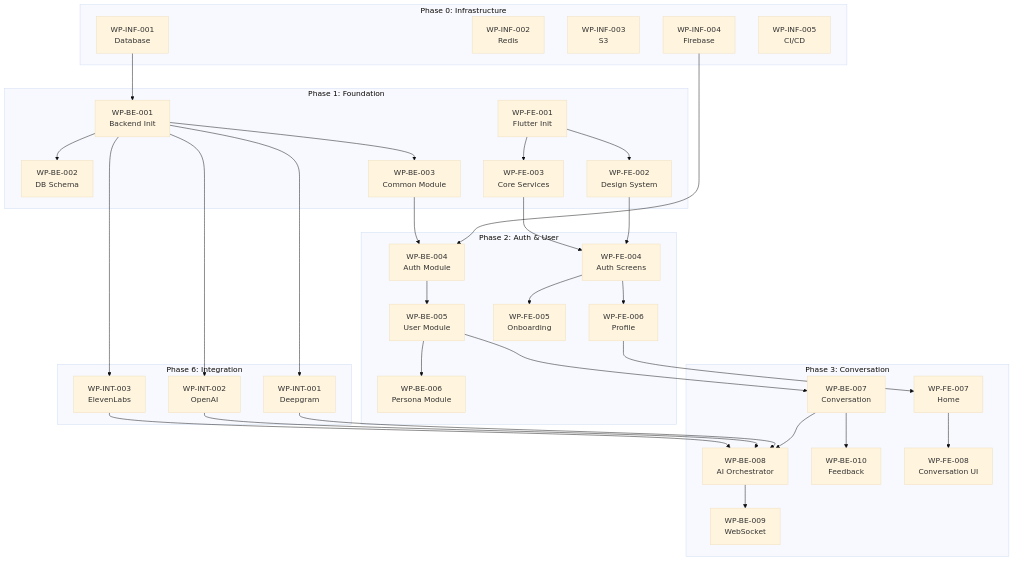
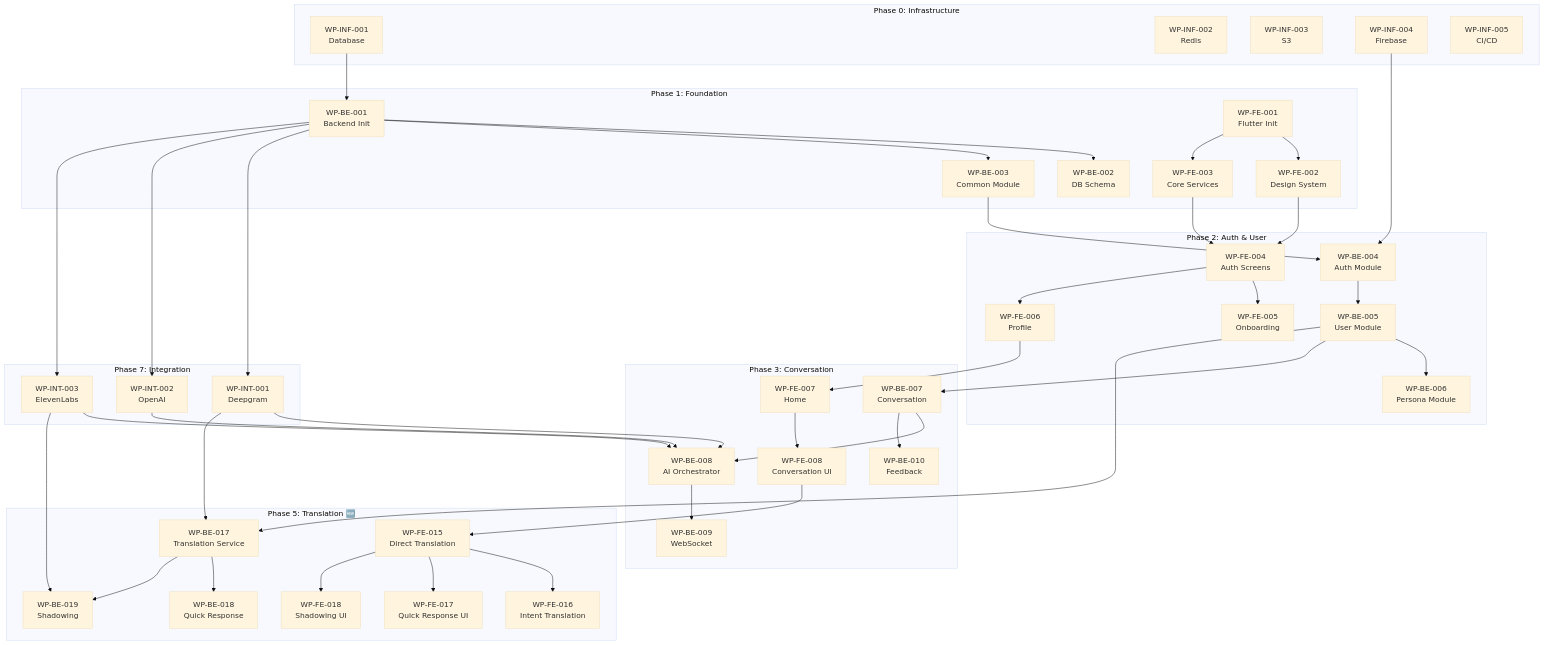
One commit to vunguyen9584/SpeakPal changed the diagram in docs/MASTER-PLAN.md. Above: the diagram before and after it, drawn with Mermaid (base theme). The commit also changed other lines of this file and 40 other files, not shown here.

````diff
--- a/docs/MASTER-PLAN.md
+++ b/docs/MASTER-PLAN.md
@@ -242,7 +281,17 @@
         FE008[WP-FE-008<br>Conversation UI]
     end
 
-    subgraph Phase6[Phase 6: Integration]
+    subgraph Phase5[Phase 5: Translation 🆕]
+        BE017[WP-BE-017<br>Translation Service]
+        BE018[WP-BE-018<br>Quick Response]
+        BE019[WP-BE-019<br>Shadowing]
+        FE015[WP-FE-015<br>Direct Translation]
+        FE016[WP-FE-016<br>Intent Translation]
+        FE017[WP-FE-017<br>Quick Response UI]
+        FE018[WP-FE-018<br>Shadowing UI]
+    end
+
+    subgraph Phase7[Phase 7: Integration]
         INT001[WP-INT-001<br>Deepgram]
         INT002[WP-INT-002<br>OpenAI]
         INT003[WP-INT-003<br>ElevenLabs]
@@ -282,4 +331,15 @@
     BE001 --> INT001
     BE001 --> INT002
     BE001 --> INT003
+
+    %% Phase 3 → Phase 5 Translation (NEW)
+    BE005 --> BE017
+    INT001 --> BE017
+    BE017 --> BE018
+    BE017 --> BE019
+    INT003 --> BE019
+    FE008 --> FE015
+    FE015 --> FE016
+    FE015 --> FE017
+    FE015 --> FE018
 ```
````
